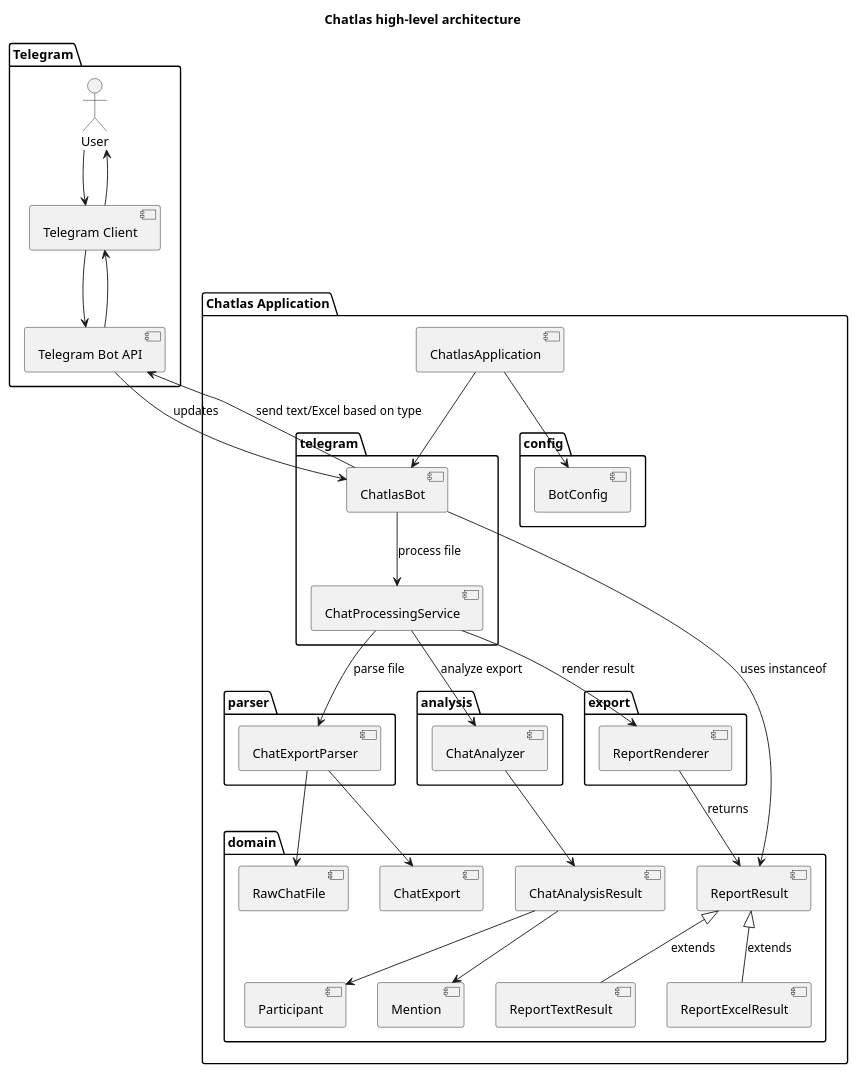
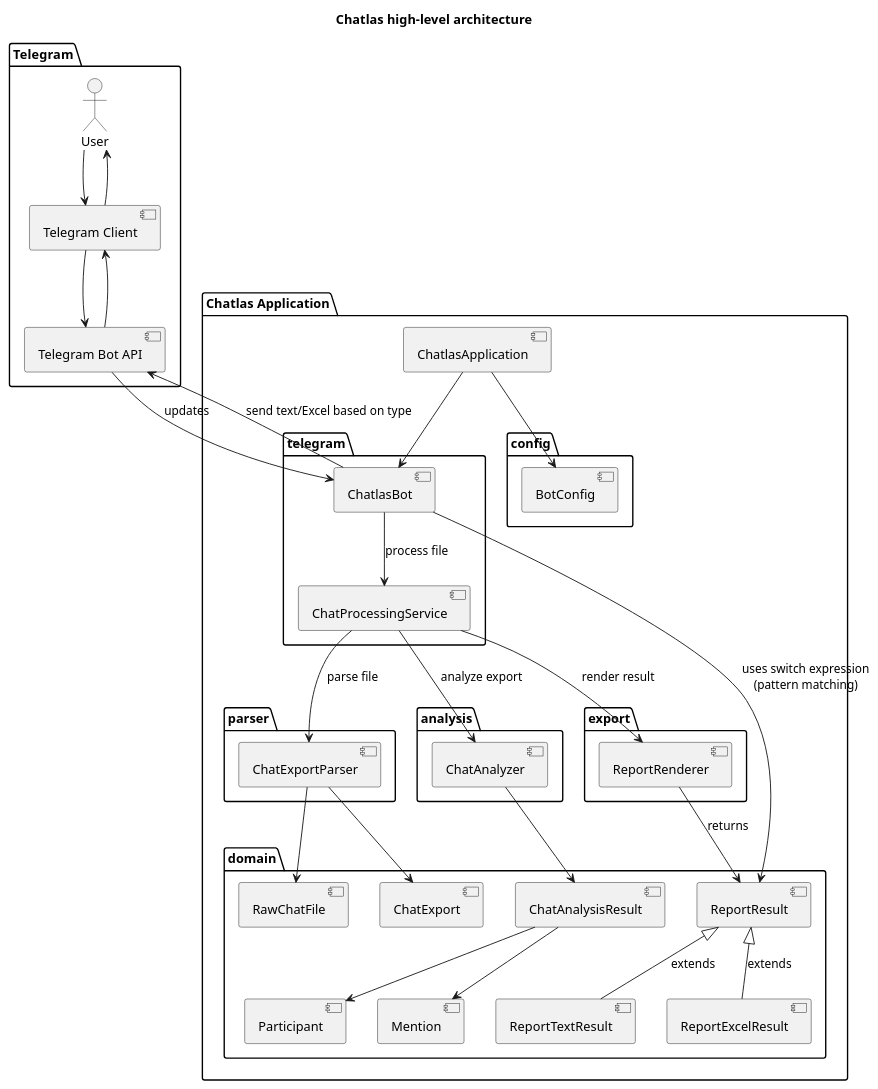
One commit to vspochernin/chatlas changed the diagram in docs/diagrams/architecture.puml. Above: the diagram before and after it, drawn with PlantUML. The commit also changed 8 other files, not shown here.

```diff
--- a/docs/diagrams/architecture.puml
+++ b/docs/diagrams/architecture.puml
@@ -1,73 +1,73 @@
 @startuml chatlas_architecture
 title Chatlas high-level architecture
 
 package "Telegram" {
   actor "User" as User
   [Telegram Client] as TgClient
   [Telegram Bot API] as TgAPI
 }
 
 package "Chatlas Application" {
   [ChatlasApplication] as App
 
   package "telegram" {
     [ChatlasBot] as Bot
     [ChatProcessingService] as ProcessingService
   }
 
   package "parser" {
     [ChatExportParser] as Parser
   }
 
   package "analysis" {
     [ChatAnalyzer] as Analyzer
   }
 
   package "export" {
     [ReportRenderer] as Renderer
   }
 
   package "domain" {
     [RawChatFile] as RawFile
     [ChatExport] as ChatExport
     [Participant] as Participant
     [Mention] as Mention
     [ChatAnalysisResult] as AnalysisResult
     [ReportResult] as ReportResult
     [ReportTextResult] as ReportTextResult
     [ReportExcelResult] as ReportExcelResult
   }
 
   package "config" {
     [BotConfig] as BotConfig
   }
 }
 
 User --> TgClient
 TgClient --> TgAPI
 TgAPI --> Bot : updates
 
 App --> BotConfig
 App --> Bot
 
 Bot --> ProcessingService : process file
 
 ProcessingService --> Parser : parse file
 Parser --> ChatExport
 Parser --> RawFile
 
 ProcessingService --> Analyzer : analyze export
 Analyzer --> AnalysisResult
 AnalysisResult --> Participant
 AnalysisResult --> Mention
 
 ProcessingService --> Renderer : render result
 Renderer --> ReportResult : returns
 ReportResult <|-- ReportTextResult : extends
 ReportResult <|-- ReportExcelResult : extends
-Bot --> ReportResult : uses instanceof
+Bot --> ReportResult : uses switch expression\n(pattern matching)
 Bot --> TgAPI : send text/Excel based on type
 TgAPI --> TgClient
 TgClient --> User
 
 @enduml
```
